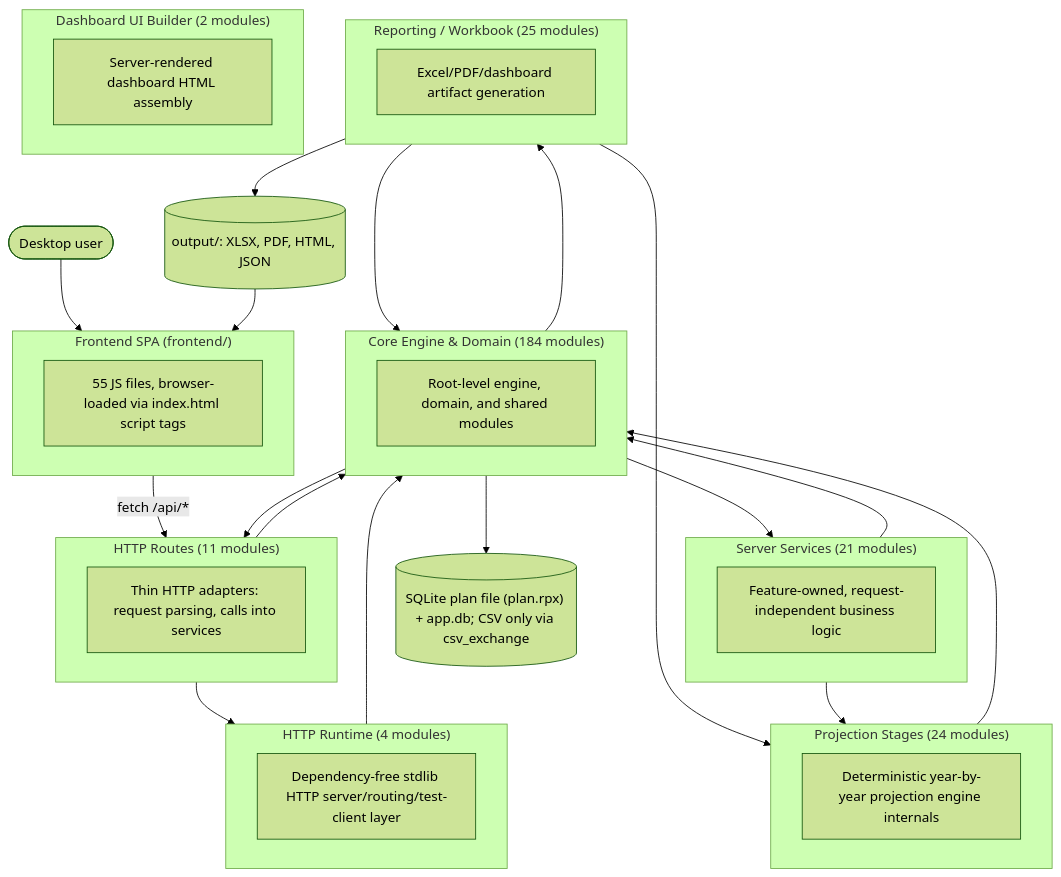
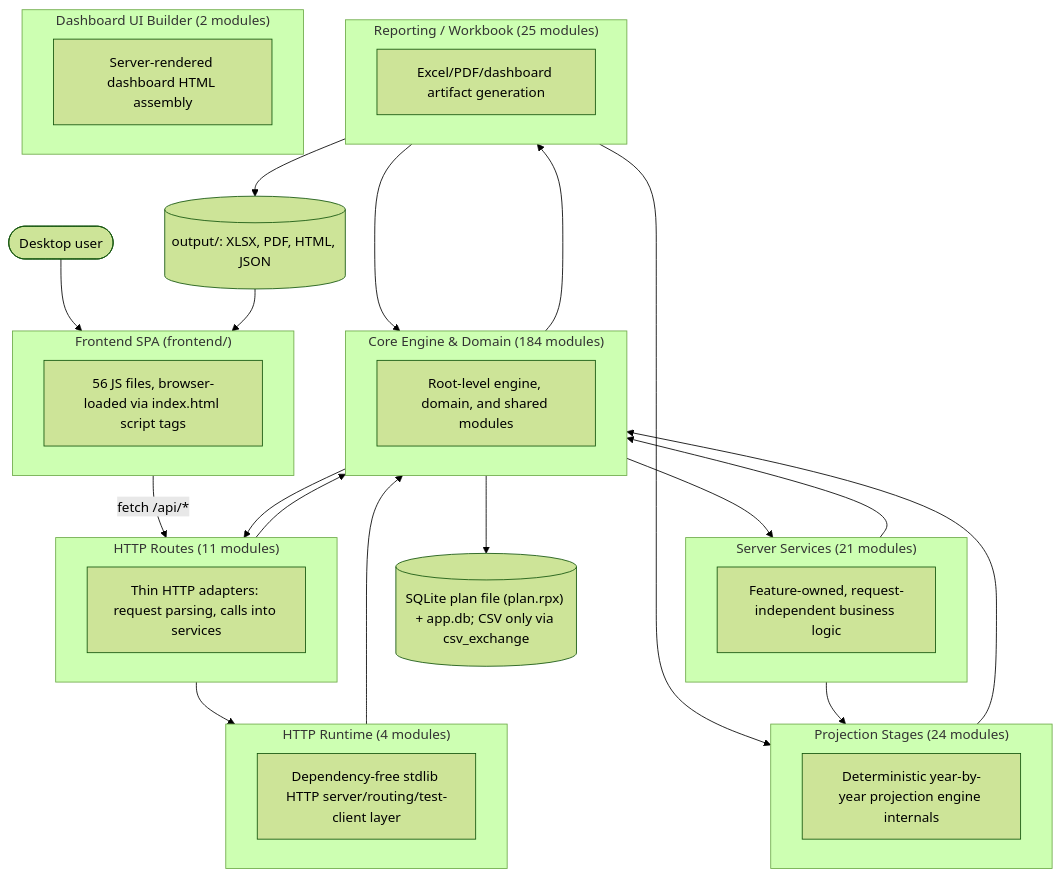
Before and after one commit to matthartzman/retirement_system: the first of 2 diagrams in documentation/reference/SYSTEM_ARCHITECTURE_DIAGRAM.md, drawn with Mermaid (forest theme). The commit also changed other lines of this file and 32 other files, not shown here.

````diff
--- a/documentation/reference/SYSTEM_ARCHITECTURE_DIAGRAM.md
+++ b/documentation/reference/SYSTEM_ARCHITECTURE_DIAGRAM.md
@@ -11,43 +11,43 @@
 ```mermaid
 flowchart TB
     User(["Desktop user"]) --> FE
     subgraph FE["Frontend SPA (frontend/)"]
-        FEcount["55 JS files, browser-loaded via index.html script tags"]
+        FEcount["56 JS files, browser-loaded via index.html script tags"]
     end
     FE -->|fetch /api/*| L_HTTP_Routes
     subgraph L_HTTP_Routes["HTTP Routes (11 modules)"]
         L_HTTP_Routes_d["Thin HTTP adapters: request parsing, calls into services"]
     end
     subgraph L_Server_Services["Server Services (21 modules)"]
         L_Server_Services_d["Feature-owned, request-independent business logic"]
     end
     subgraph L_HTTP_Runtime["HTTP Runtime (4 modules)"]
         L_HTTP_Runtime_d["Dependency-free stdlib HTTP server/routing/test-client layer"]
     end
     subgraph L_Core_Engine___Domain["Core Engine & Domain (184 modules)"]
         L_Core_Engine___Domain_d["Root-level engine, domain, and shared modules"]
     end
     subgraph L_Projection_Stages["Projection Stages (24 modules)"]
         L_Projection_Stages_d["Deterministic year-by-year projection engine internals"]
     end
     subgraph L_Reporting___Workbook["Reporting / Workbook (25 modules)"]
         L_Reporting___Workbook_d["Excel/PDF/dashboard artifact generation"]
     end
     subgraph L_Dashboard_UI_Builder["Dashboard UI Builder (2 modules)"]
         L_Dashboard_UI_Builder_d["Server-rendered dashboard HTML assembly"]
     end
     L_Core_Engine___Domain --> L_HTTP_Routes
     L_Core_Engine___Domain --> L_Reporting___Workbook
     L_Core_Engine___Domain --> L_Server_Services
     L_HTTP_Routes --> L_Core_Engine___Domain
     L_HTTP_Routes --> L_HTTP_Runtime
     L_HTTP_Runtime --> L_Core_Engine___Domain
     L_Projection_Stages --> L_Core_Engine___Domain
     L_Reporting___Workbook --> L_Core_Engine___Domain
     L_Reporting___Workbook --> L_Projection_Stages
     L_Server_Services --> L_Core_Engine___Domain
     L_Server_Services --> L_Projection_Stages
     L_Core_Engine___Domain --> DB[("SQLite plan file (plan.rpx) + app.db; CSV only via csv_exchange")]
     L_Reporting___Workbook --> Outputs[("output/: XLSX, PDF, HTML, JSON")]
     Outputs --> FE
 ```
````
